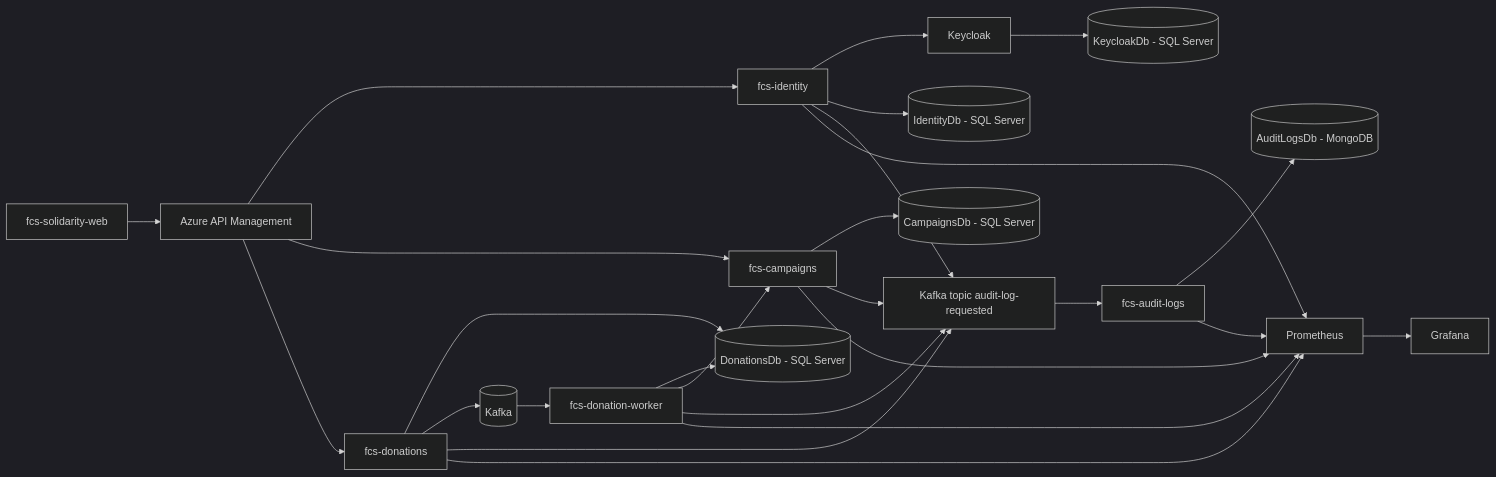
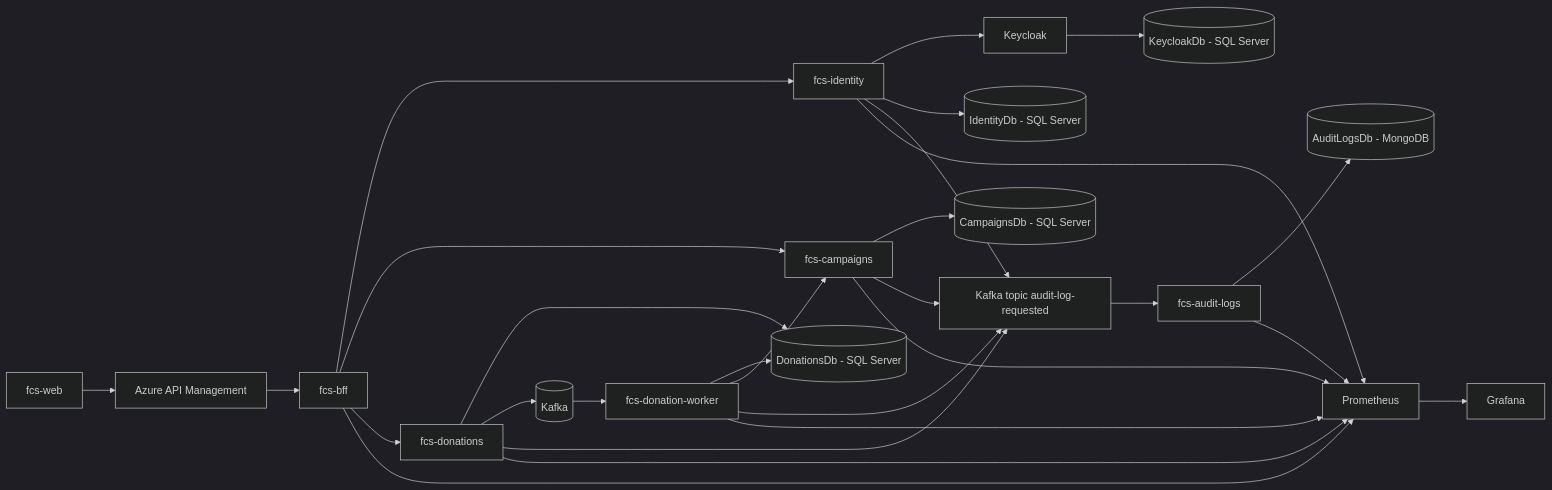
One commit to group10-tc-01/fcs-fase05-docs changed the diagram in README.md. Above: the diagram before and after it, drawn with Mermaid (dark theme). The commit also changed other lines of this file and 15 other files, not shown here.

````diff
--- a/README.md
+++ b/README.md
@@ -569,33 +573,36 @@
 ```mermaid
 flowchart LR
-    Web[fcs-solidarity-web] --> APIM[Azure API Management]
-    APIM --> Identity[fcs-identity]
-    APIM --> Campaigns[fcs-campaigns]
-    APIM --> Donations[fcs-donations]
+    Web[fcs-web] --> APIM[Azure API Management]
+    APIM --> Bff[fcs-bff]
+    Bff --> Identity[fcs-identity]
+    Bff --> Campaigns[fcs-campaigns]
+    Bff --> Donations[fcs-donations]
 
     Identity --> Keycloak[Keycloak]
     Keycloak --> KeycloakDb[(KeycloakDb - SQL Server)]
     Identity --> IdentityDb[(IdentityDb - SQL Server)]
 
     Campaigns --> CampaignsDb[(CampaignsDb - SQL Server)]
     Donations --> DonationsDb[(DonationsDb - SQL Server)]
+
+    Bff --> Prometheus
 
     Donations --> Kafka[(Kafka)]
     Kafka --> Worker[fcs-donation-worker]
     Worker --> DonationsDb
     Worker --> Campaigns
 
     Identity --> AuditTopic[Kafka topic audit-log-requested]
     Campaigns --> AuditTopic
     Donations --> AuditTopic
     Worker --> AuditTopic
     AuditTopic --> AuditWorker[fcs-audit-logs]
     AuditWorker --> Mongo[(AuditLogsDb - MongoDB)]
 
     Prometheus[Prometheus] --> Grafana[Grafana]
     Identity --> Prometheus
     Campaigns --> Prometheus
     Donations --> Prometheus
     Worker --> Prometheus
     AuditWorker --> Prometheus
 ```
````
